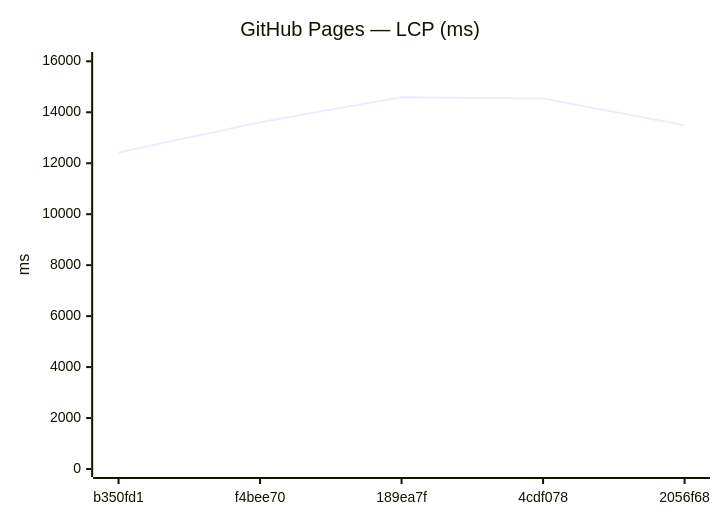
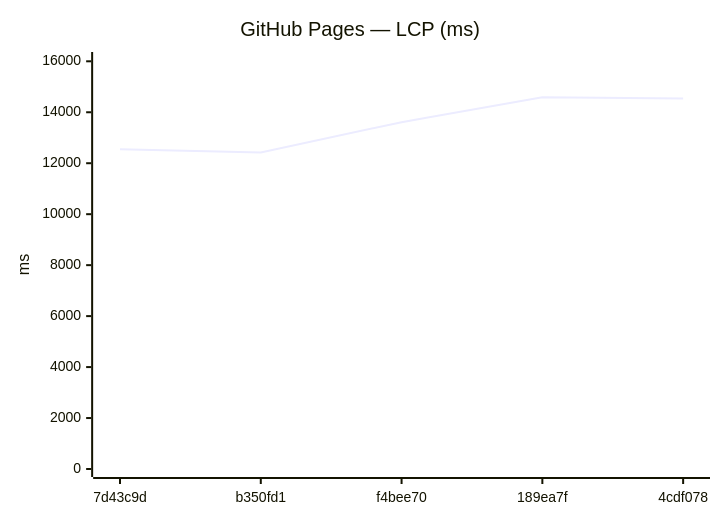
One commit to Metaheurist/Rianell changed the ninth of 18 diagrams in benchmarks/compare.md. Above: the diagram before and after it, drawn with Mermaid. The commit also changed other lines of this file and 11 other files, not shown here.

````diff
--- a/benchmarks/compare.md
+++ b/benchmarks/compare.md
@@ -142,7 +142,7 @@
 ```mermaid
 xychart-beta
     title "GitHub Pages — LCP (ms)"
-    x-axis ["b350fd1", "f4bee70", "189ea7f", "4cdf078", "2056f68"]
+    x-axis ["7d43c9d", "b350fd1", "f4bee70", "189ea7f", "4cdf078"]
     y-axis "ms" 0 --> 16051
-    line [12421, 13612, 14591, 14540, 13488]
+    line [12552, 12421, 13612, 14591, 14540]
 ```
````
